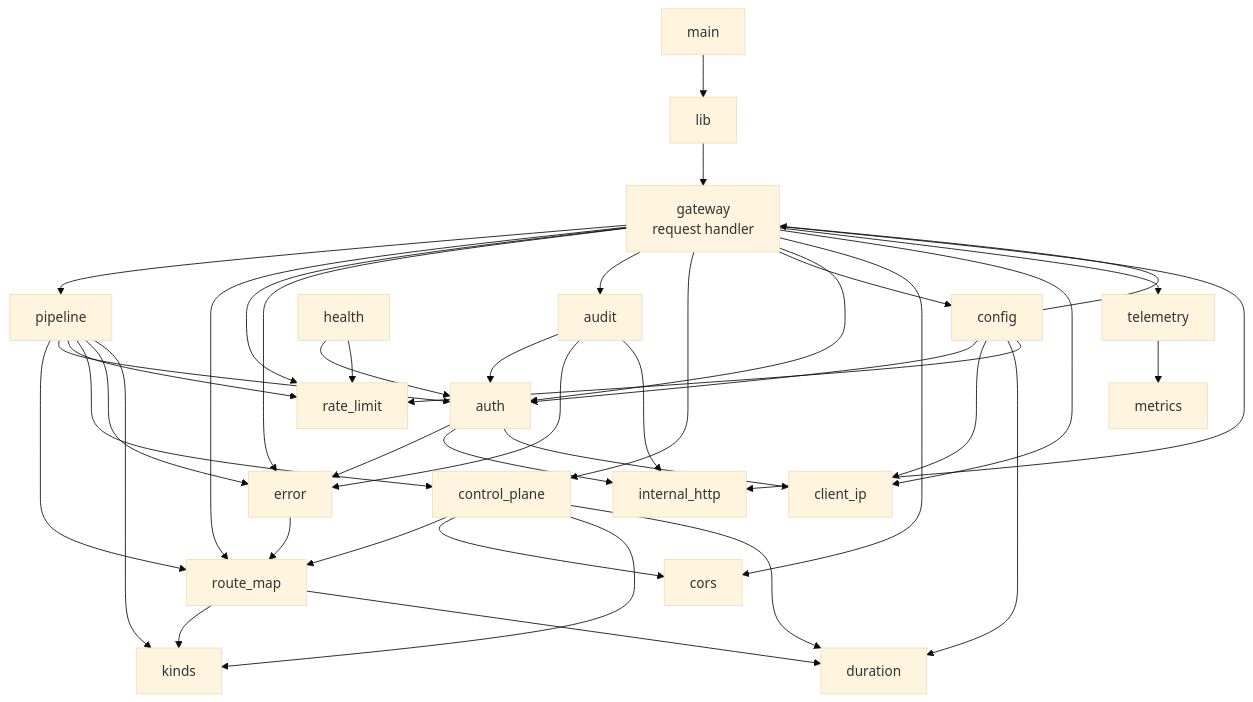
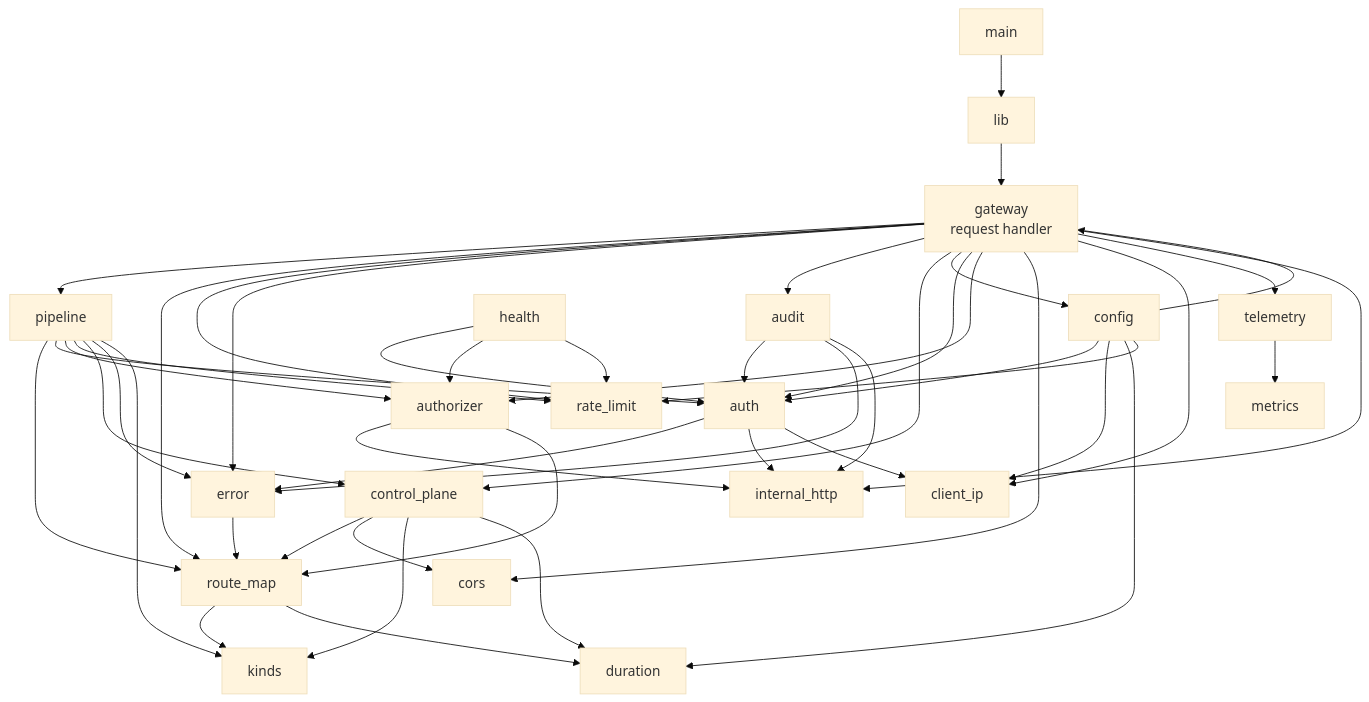
The second of 5 diagrams in docs/internals/module-map.md (plat5dev/plat5), drawn with Mermaid (base theme) before and after one commit. The commit also changed other lines of this file and 14 other files, not shown here.

Commit message:
docs: align concepts, reference, guides, and module map with Tier 1/2 and AuthZEN authorizers, add playbooks

````diff
--- a/docs/internals/module-map.md
+++ b/docs/internals/module-map.md
@@ -27,14 +29,15 @@
 ```mermaid
 flowchart TD
   main --> lib --> gw[gateway<br/>request handler]
-  gw --> pipeline & route_map & rate_limit & error & audit & control_plane & config & auth & cors & client_ip & telemetry & internal_http
-  pipeline --> route_map & auth & rate_limit & control_plane & error & kinds
+  gw --> pipeline & route_map & rate_limit & error & audit & control_plane & config & auth & authorizer & cors & client_ip & telemetry & internal_http
+  pipeline --> route_map & auth & authorizer & rate_limit & control_plane & error & kinds
   route_map --> kinds & duration
   error --> route_map
   auth --> error & internal_http & client_ip
+  authorizer --> internal_http & route_map
   audit --> auth & error & internal_http
   control_plane --> route_map & cors & kinds & duration
   config --> auth & client_ip & duration & rate_limit & gw
-  health --> auth & rate_limit
+  health --> auth & authorizer & rate_limit
   telemetry --> metrics
 ```
````
